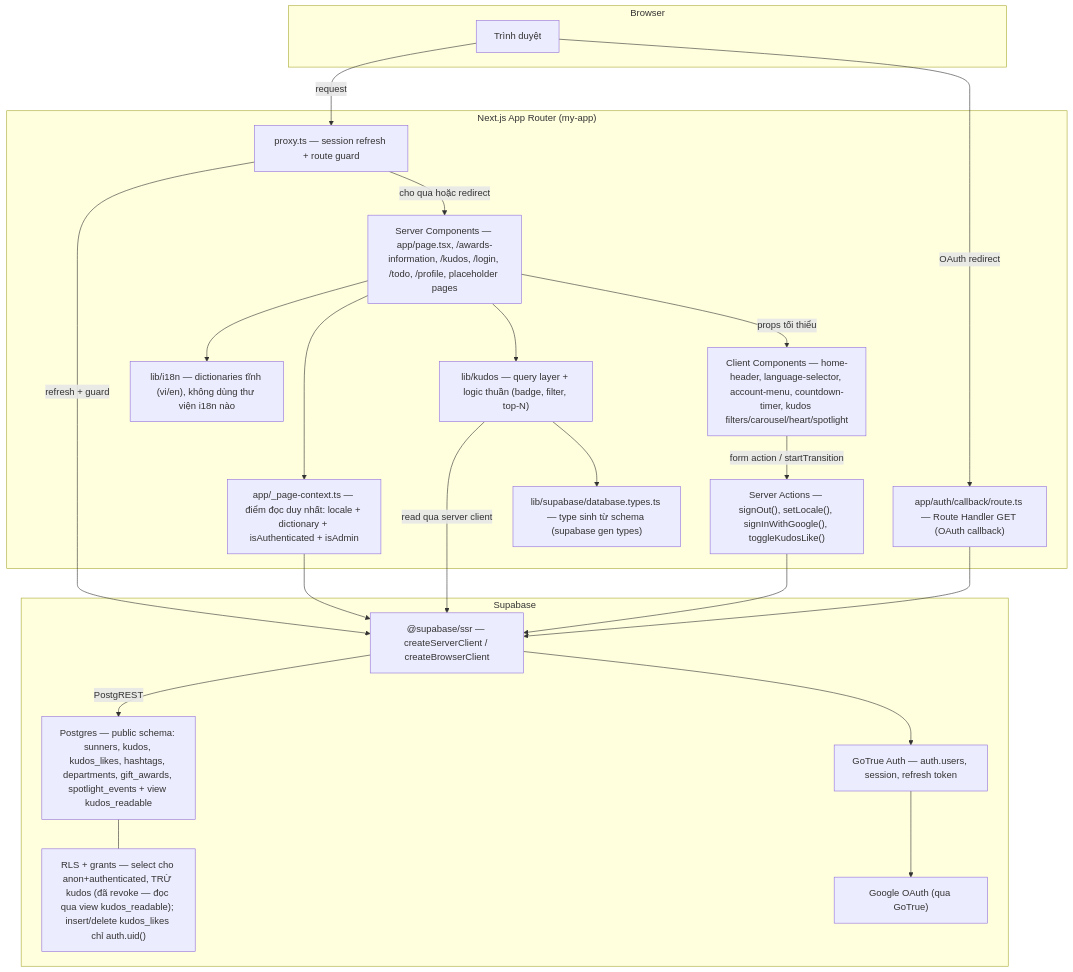
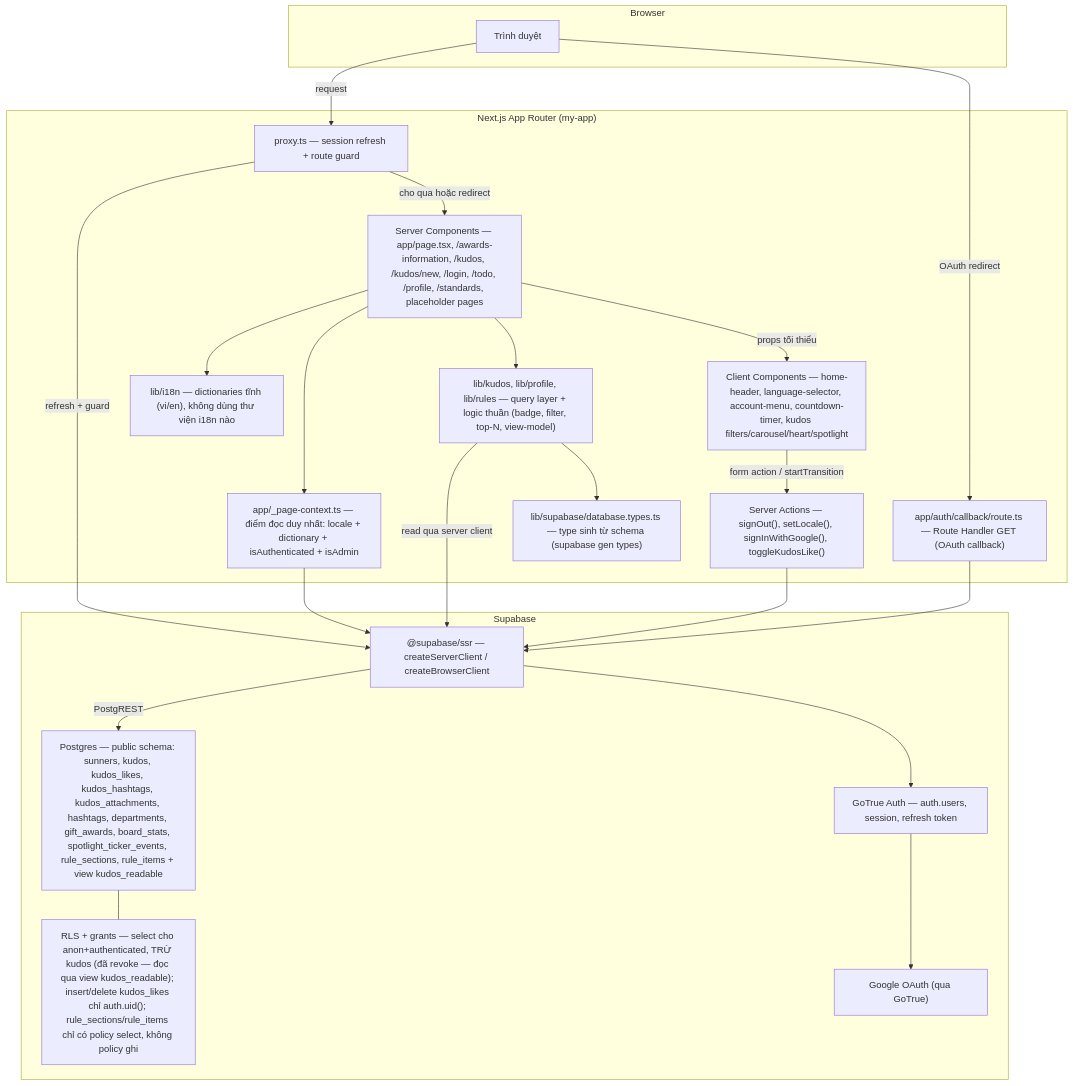
One commit to dungnv-2032/agentic-coding-hands-on changed the first of 4 diagrams in docs/system/architecture.md. Above: the diagram before and after it, drawn with Mermaid. The commit also changed other lines of this file and 20 other files, not shown here.

````diff
--- a/docs/system/architecture.md
+++ b/docs/system/architecture.md
@@ -47,43 +63,43 @@
 ```mermaid
 graph TB
     subgraph Browser
         BR[Trình duyệt]
     end
     subgraph "Next.js App Router (my-app)"
         PX["proxy.ts — session refresh + route guard"]
         PC["app/_page-context.ts — điểm đọc duy nhất: locale + dictionary + isAuthenticated + isAdmin"]
-        SC["Server Components — app/page.tsx, /awards-information, /kudos, /login, /todo, /profile, placeholder pages"]
+        SC["Server Components — app/page.tsx, /awards-information, /kudos, /kudos/new, /login, /todo, /profile, /standards, placeholder pages"]
         SA["Server Actions — signOut(), setLocale(), signInWithGoogle(), toggleKudosLike()"]
         CB["app/auth/callback/route.ts — Route Handler GET (OAuth callback)"]
         CC["Client Components — home-header, language-selector, account-menu, countdown-timer, kudos filters/carousel/heart/spotlight"]
         DICT["lib/i18n — dictionaries tĩnh (vi/en), không dùng thư viện i18n nào"]
-        KQ["lib/kudos — query layer + logic thuần (badge, filter, top-N)"]
+        KQ["lib/kudos, lib/profile, lib/rules — query layer + logic thuần (badge, filter, top-N, view-model)"]
         DT["lib/supabase/database.types.ts — type sinh từ schema (supabase gen types)"]
     end
     subgraph Supabase
         SSR["@supabase/ssr — createServerClient / createBrowserClient"]
         AUTH["GoTrue Auth — auth.users, session, refresh token"]
-        PG["Postgres — public schema: sunners, kudos, kudos_likes, hashtags, departments, gift_awards, spotlight_events + view kudos_readable"]
-        RLS["RLS + grants — select cho anon+authenticated, TRỪ kudos (đã revoke — đọc qua view kudos_readable); insert/delete kudos_likes chỉ auth.uid()"]
+        PG["Postgres — public schema: sunners, kudos, kudos_likes, kudos_hashtags, kudos_attachments, hashtags, departments, gift_awards, board_stats, spotlight_ticker_events, rule_sections, rule_items + view kudos_readable"]
+        RLS["RLS + grants — select cho anon+authenticated, TRỪ kudos (đã revoke — đọc qua view kudos_readable); insert/delete kudos_likes chỉ auth.uid(); rule_sections/rule_items chỉ có policy select, không policy ghi"]
         GOOGLE["Google OAuth (qua GoTrue)"]
     end
 
     BR -->|request| PX
     PX -->|refresh + guard| SSR
     PX -->|cho qua hoặc redirect| SC
     SC --> PC
     PC --> SSR
     SC --> DICT
     SC --> KQ
     KQ --> DT
     KQ -->|read qua server client| SSR
     SC -->|props tối thiểu| CC
     CC -->|form action / startTransition| SA
     SA --> SSR
     SSR --> AUTH
     SSR -->|PostgREST| PG
     PG --- RLS
     AUTH --> GOOGLE
     BR -->|OAuth redirect| CB
     CB --> SSR
 ```
````
